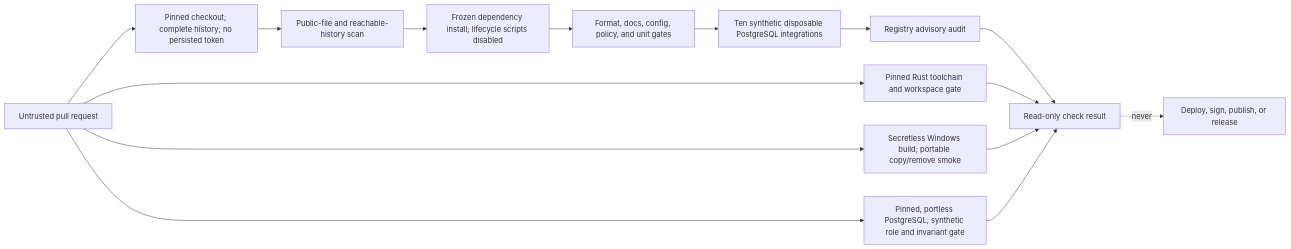
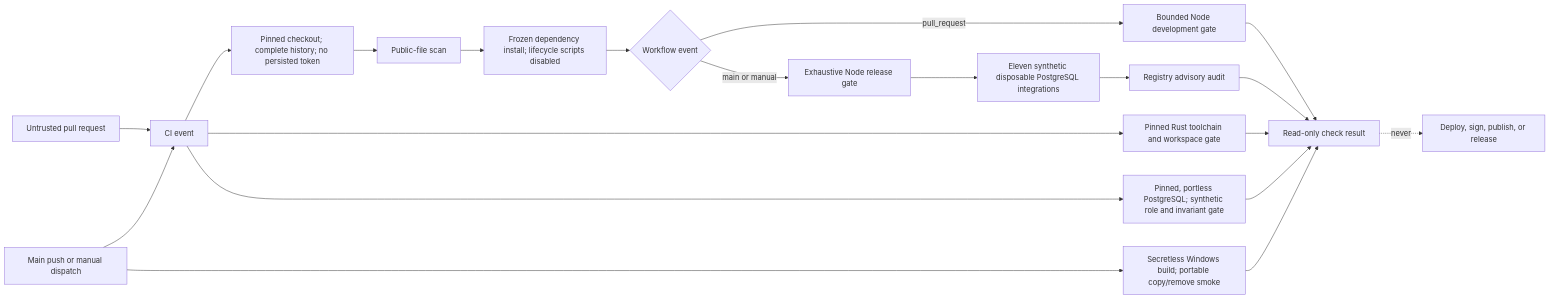
The diagram in docs/architecture/CI_TRUST_MODEL.md (Tah10n/viberacing), drawn with Mermaid before and after one commit. The commit also changed other lines of this file and 39 other files, not shown here.

Commit message:
build: add release verification and deployment

````diff
--- a/docs/architecture/CI_TRUST_MODEL.md
+++ b/docs/architecture/CI_TRUST_MODEL.md
@@ -15,17 +18,22 @@
 ```mermaid
 flowchart LR
-  PR["Untrusted pull request"] --> CO["Pinned checkout; complete history; no persisted token"]
-  CO --> PS["Public-file and reachable-history scan"]
+  PR["Untrusted pull request"] --> EV["CI event"]
+  MM["Main push or manual dispatch"] --> EV
+  EV --> CO["Pinned checkout; complete history; no persisted token"]
+  CO --> PS["Public-file scan"]
   PS --> DI["Frozen dependency install; lifecycle scripts disabled"]
-  DI --> VG["Format, docs, config, policy, and unit gates"]
-  VG --> PG["Ten synthetic disposable PostgreSQL integrations"]
+  DI --> CH{"Workflow event"}
+  CH -->|"pull_request"| CORE["Bounded Node development gate"]
+  CH -->|"main or manual"| REL["Exhaustive Node release gate"]
+  REL --> PG["Eleven synthetic disposable PostgreSQL integrations"]
   PG --> AU["Registry advisory audit"]
-  PR --> RT["Pinned Rust toolchain and workspace gate"]
-  PR --> WP["Secretless Windows build; portable copy/remove smoke"]
-  PR --> DB["Pinned, portless PostgreSQL; synthetic role and invariant gate"]
-  AU --> R["Read-only check result"]
+  EV --> RT["Pinned Rust toolchain and workspace gate"]
+  EV --> DB["Pinned, portless PostgreSQL; synthetic role and invariant gate"]
+  MM --> WP["Secretless Windows build; portable copy/remove smoke"]
+  CORE --> R["Read-only check result"]
+  AU --> R
   RT --> R
   WP --> R
   DB --> R
   R -. "never" .-> DP["Deploy, sign, publish, or release"]
 ```
````
